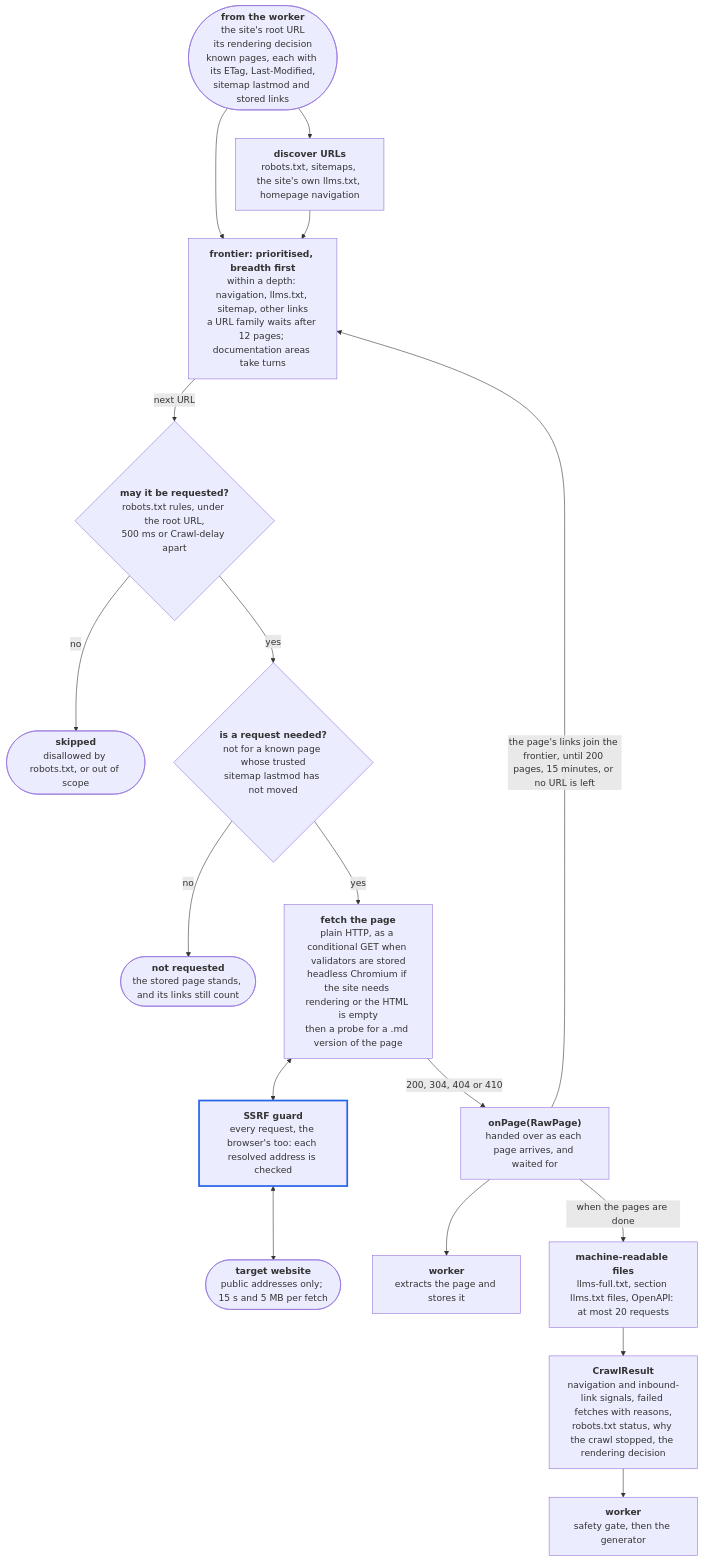
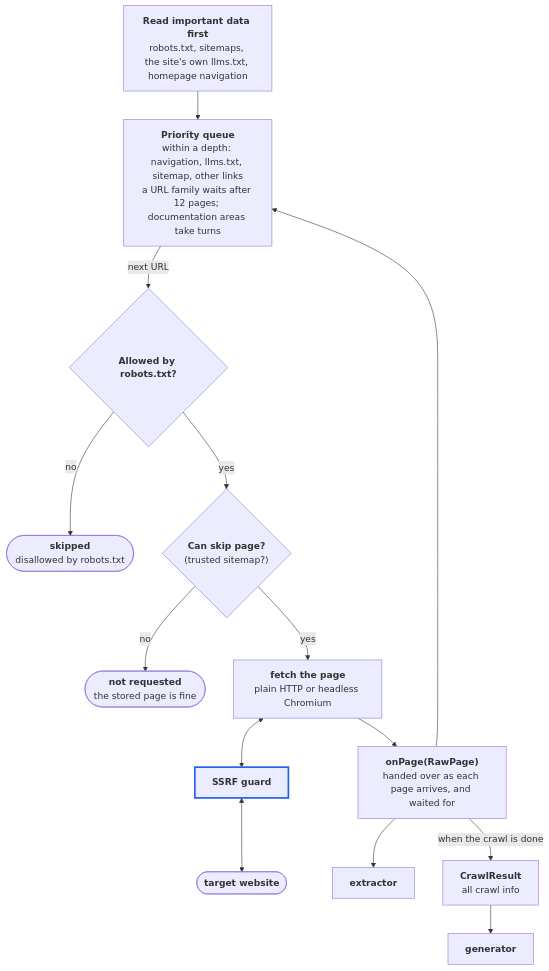
The third of 8 diagrams in docs/design/README.md (nevertooserious/llms-txt-ben-lucato), drawn with Mermaid before and after one commit. The commit also changed other lines of this file, not shown here.

First line of the commit message:
Simplify the design diagrams

````diff
--- a/docs/design/README.md
+++ b/docs/design/README.md
@@ -63,37 +63,32 @@
 ```mermaid
 flowchart TD
-  inputs(["<b>from the worker</b><br/>the site's root URL<br/>its rendering decision<br/>known pages, each with its ETag, Last-Modified,<br/>sitemap lastmod and stored links"])
-  discover["<b>discover URLs</b><br/>robots.txt, sitemaps, the site's own llms.txt, homepage navigation"]
-  frontier["<b>frontier: prioritised, breadth first</b><br/>within a depth: navigation, llms.txt, sitemap, other links<br/>a URL family waits after 12 pages; documentation areas take turns"]
-  allowed{"<b>may it be requested?</b><br/>robots.txt rules, under the root URL,<br/>500 ms or Crawl-delay apart"}
-  skipped(["<b>skipped</b><br/>disallowed by robots.txt, or out of scope"])
-  needed{"<b>is a request needed?</b><br/>not for a known page whose trusted<br/>sitemap lastmod has not moved"}
-  notRequested(["<b>not requested</b><br/>the stored page stands, and its links still count"])
-  fetch["<b>fetch the page</b><br/>plain HTTP, as a conditional GET when validators are stored<br/>headless Chromium if the site needs rendering or the HTML is empty<br/>then a probe for a .md version of the page"]
-  guard["<b>SSRF guard</b><br/>every request, the browser's too: each resolved address is checked"]
-  site(["<b>target website</b><br/>public addresses only; 15 s and 5 MB per fetch"])
+  discover["<b>Read important data first</b><br/>robots.txt, sitemaps, the site's own llms.txt, homepage navigation"]
+  frontier["<b>Priority queue</b><br/>within a depth: navigation, llms.txt, sitemap, other links<br/>a URL family waits after 12 pages; documentation areas take turns"]
+  allowed{"<b>Allowed by robots.txt?</b>"}
+  skipped(["<b>skipped</b><br/>disallowed by robots.txt"])
+  needed{"<b>Can skip page?</b><br/>(trusted sitemap?)"}
+  notRequested(["<b>not requested</b><br/>the stored page is fine"])
+  fetch["<b>fetch the page</b><br/>plain HTTP or headless Chromium<br/>"]
+  guard["<b>SSRF guard</b>"]
+  site(["<b>target website</b>"])
   onPage["<b>onPage(RawPage)</b><br/>handed over as each page arrives, and waited for"]
-  workerStore["<b>worker</b><br/>extracts the page and stores it"]
-  resources["<b>machine-readable files</b><br/>llms-full.txt, section llms.txt files, OpenAPI: at most 20 requests"]
-  result["<b>CrawlResult</b><br/>navigation and inbound-link signals, failed fetches with reasons,<br/>robots.txt status, why the crawl stopped, the rendering decision"]
-  workerGate["<b>worker</b><br/>safety gate, then the generator"]
+  workerStore["<b>extractor</b>"]
+  result["<b>CrawlResult</b><br/> all crawl info"]
+  workerGate["<b>generator</b>"]
 
-  inputs --> discover
-  inputs --> frontier
   discover --> frontier
   frontier -- "next URL" --> allowed
   allowed -- "no" --> skipped
   allowed -- "yes" --> needed
   needed -- "no" --> notRequested
   needed -- "yes" --> fetch
   fetch <--> guard
   guard <--> site
-  fetch -- "200, 304, 404 or 410" --> onPage
+  fetch --> onPage
   onPage --> workerStore
-  onPage -- "the page's links join the frontier, until 200 pages, 15 minutes, or no URL is left" --> frontier
-  onPage -- "when the pages are done" --> resources
-  resources --> result
+  onPage  --> frontier
+  onPage -- "when the crawl is done" --> result
   result --> workerGate
 
   style guard stroke:#2563eb,stroke-width:3px
 ```
````
